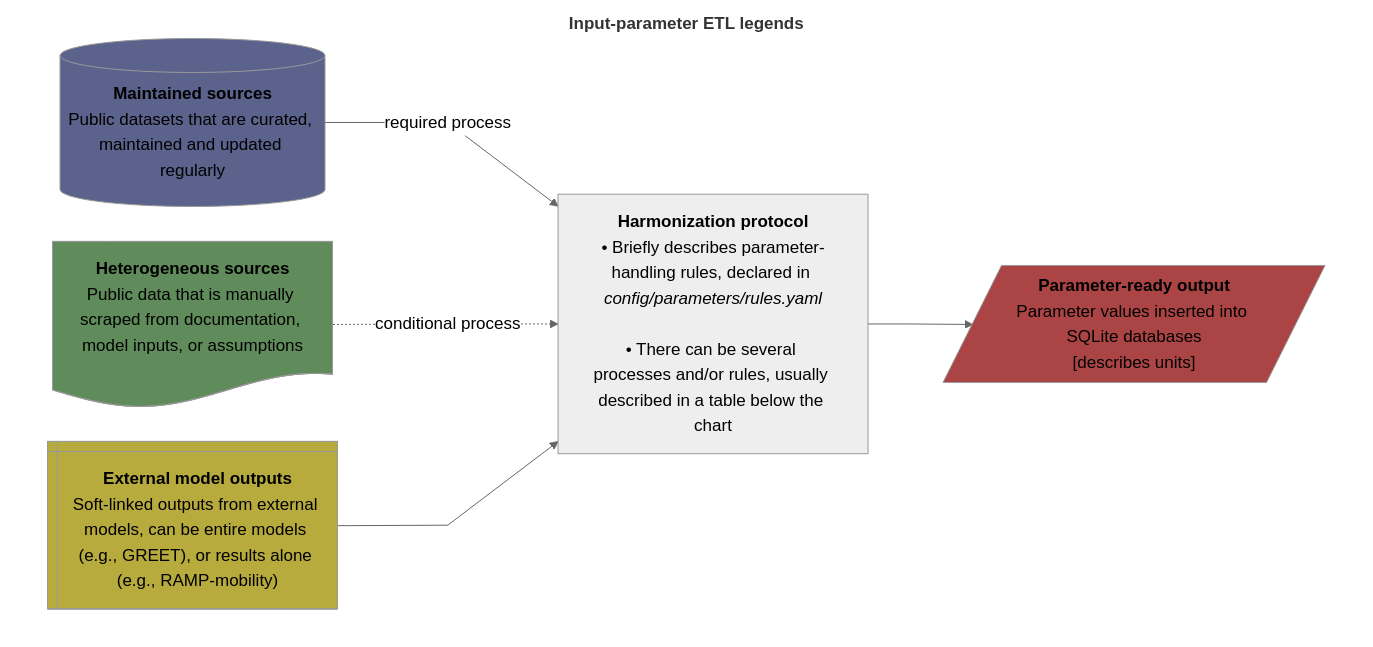
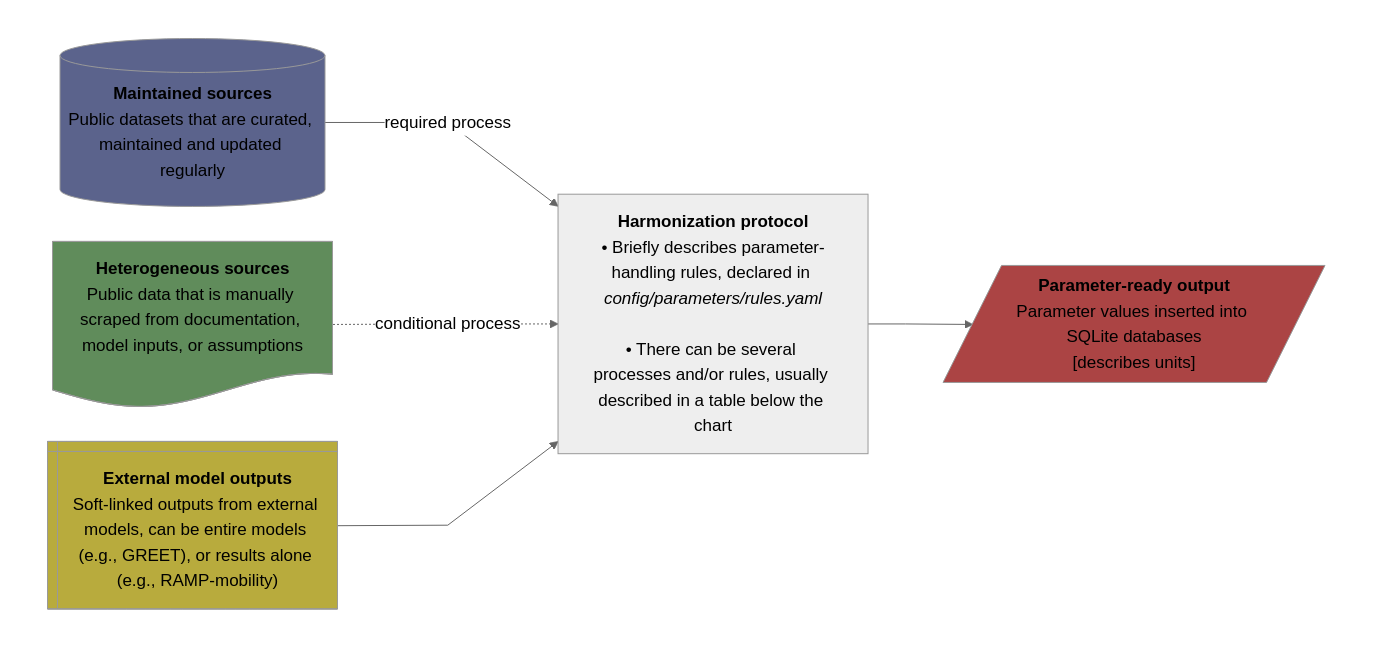
One commit to CANOE-main/canoe-transportation changed the second of 9 diagrams in README.md. Above: the diagram before and after it, drawn with Mermaid. The commit also changed other lines of this file, not shown here.

Commit message:
Testing patch for text spilling flowcharts

````diff
--- a/README.md
+++ b/README.md
@@ -158,43 +158,43 @@
 ```mermaid
 ---
 config:
   layout: dagre
   theme: neutral
   themeVariables:
     fontSize: 17px
   flowchart:
     nodeSpacing: 35
     rankSpacing: 50
     wrappingWidth: 250
     curve: linear
 ---
 flowchart LR
-  subgraph canvas["`**Input-parameter ETL legends**`"]
+  subgraph canvas[" "]
   direction LR
   %% --- Sources ---
   s0[("`**Maintained sources**<br>Public datasets that are curated, maintained and updated regularly`")]
   s1@{shape: doc, label: "**Heterogeneous sources**<br>Public data that is manually scraped from documentation, model inputs, or assumptions"}
   s2@{shape: win-pane, label: "**External model outputs**<br>Soft-linked outputs from external models, can be entire models (e.g., GREET), or results alone (e.g., RAMP-mobility)" }
 
   %% --- Processes ---
   p1["`**Harmonization protocol**<br>• Briefly describes parameter-handling rules, declared in *config/parameters/rules.yaml*<br><br>• There can be several processes and/or rules, usually described in a table below the chart`"]
 
   s0 -- required process --> p1
   s1 -. conditional process .-> p1
   s2 --> p1 
 
   p1 --> o1[/"`**Parameter-ready output**<br>Parameter values inserted into SQLite databases<br>[describes units]`"/]
   end
 
   %% --- Styling ---
   style canvas fill:#ffffff,stroke:#ffffff
   classDef database fill:#5b638c
   classDef doc fill:#608c5b
   classDef model fill:#b8ab3d
   classDef output fill:#ab4444
 
   class s0 database
   class s1 doc
   class s2 model
   class o1 output
 ```
````
